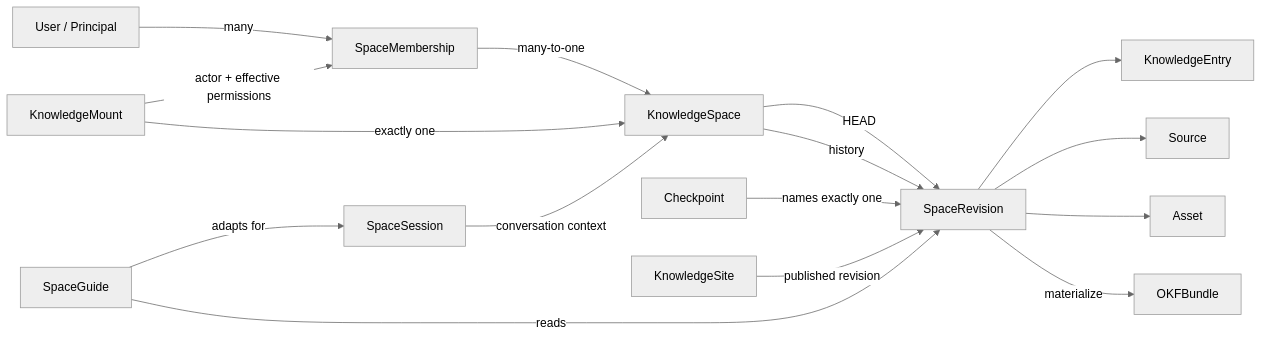
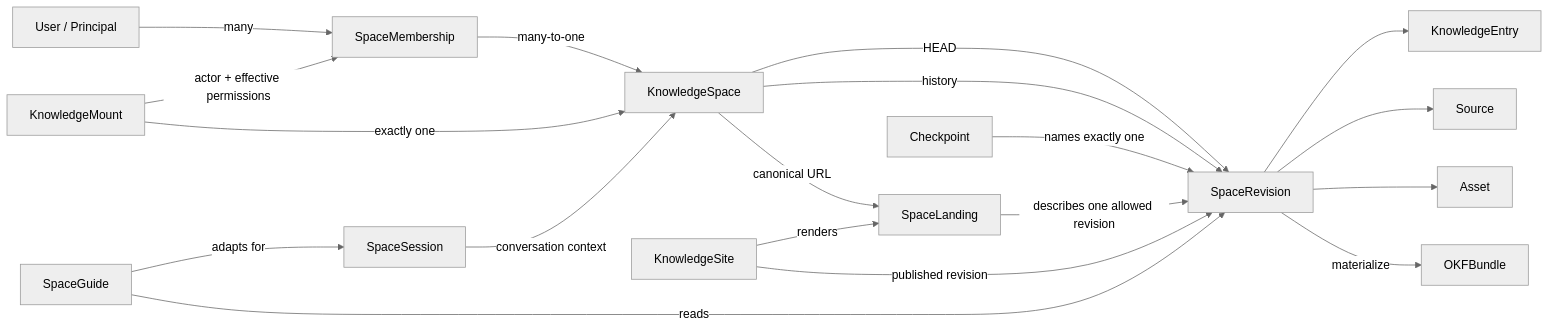
Before and after one commit to xxsrez/MindDiary: the diagram in docs/specs/domain-model.md, drawn with Mermaid (neutral theme). The commit also changed other lines of this file and 6 other files, not shown here.

Commit message:
Define canonical KnowledgeSpace URLs

````diff
--- a/docs/specs/domain-model.md
+++ b/docs/specs/domain-model.md
@@ -47,32 +49,36 @@
 ```mermaid
 flowchart LR
     User[User / Principal]
     Membership[SpaceMembership]
     Space[KnowledgeSpace]
     Revision[SpaceRevision]
     Checkpoint[Checkpoint]
     Bundle[OKFBundle]
     Entry[KnowledgeEntry]
     Source[Source]
     Asset[Asset]
     Mount[KnowledgeMount]
+    Landing[SpaceLanding]
     Site[KnowledgeSite]
     Session[SpaceSession]
     Guide[SpaceGuide]
 
     User -->|many| Membership
     Membership -->|many-to-one| Space
     Mount -->|actor + effective permissions| Membership
     Mount -->|exactly one| Space
     Space -->|HEAD| Revision
     Space -->|history| Revision
     Checkpoint -->|names exactly one| Revision
     Revision --> Entry
     Revision --> Source
     Revision --> Asset
     Revision -->|materialize| Bundle
+    Landing -->|describes one allowed revision| Revision
+    Space -->|canonical URL| Landing
     Site -->|published revision| Revision
+    Site -->|renders| Landing
     Session -->|conversation context| Space
     Guide -->|reads| Revision
     Guide -->|adapts for| Session
 ```
````
